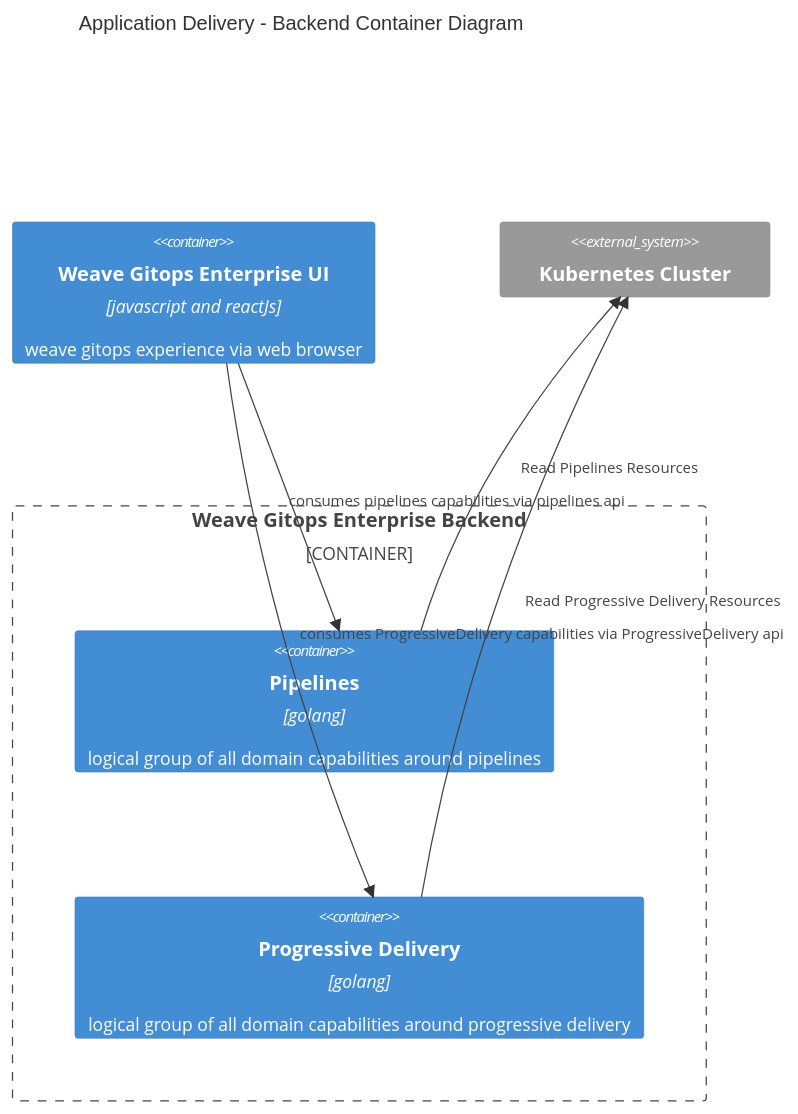
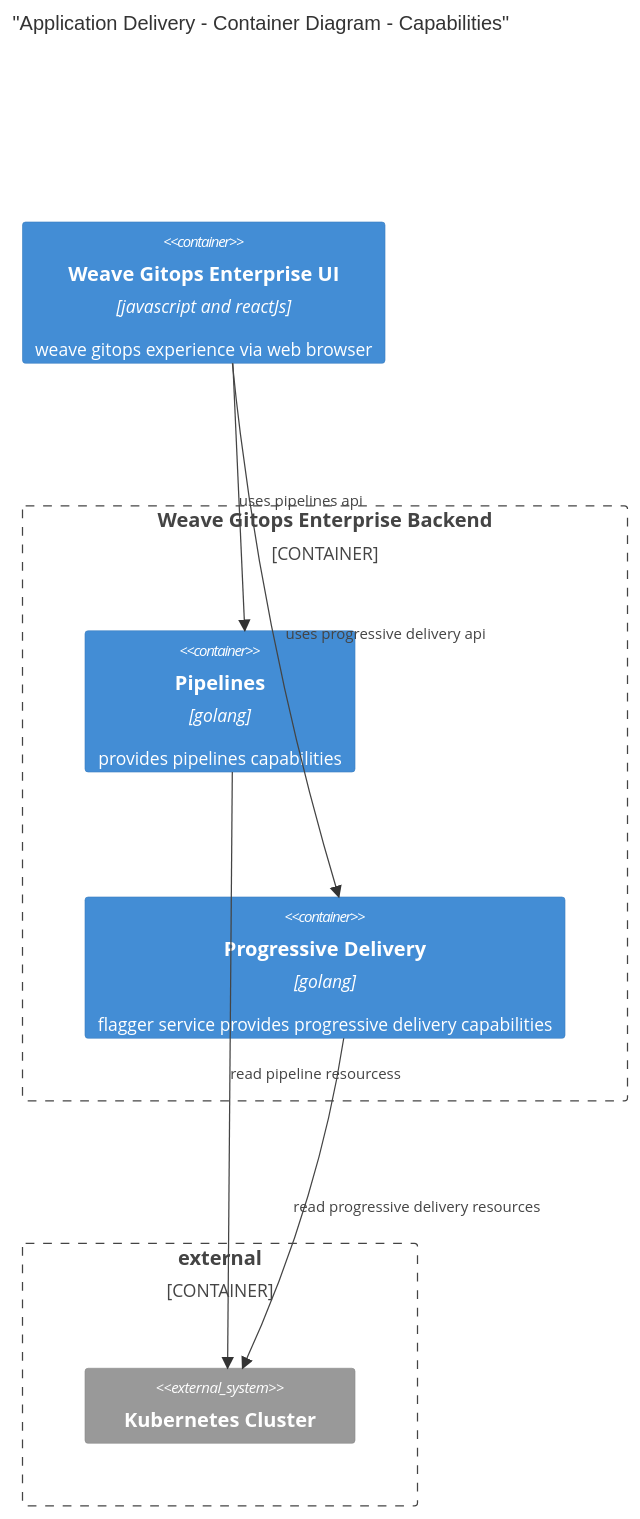
One commit to weaveworks/weave-gitops-enterprise changed the third of 5 diagrams in docs/architecture/application-delivery.md. Above: the diagram before and after it, drawn with Mermaid. The commit also changed other lines of this file and 2 other files, not shown here.

Commit message:
container diagrams

````diff
--- a/docs/architecture/application-delivery.md
+++ b/docs/architecture/application-delivery.md
@@ -92,15 +93,17 @@
 ```mermaid
 C4Container
-      title Application Delivery - Backend Container Diagram
-      Container(weaveGitopsEnterpriseUi, "Weave Gitops Enterprise UI","javascript and reactJs","weave gitops experience via web browser")
-      Rel(weaveGitopsEnterpriseUi, Pipelines, "consumes pipelines capabilities via pipelines api")
-      Rel(weaveGitopsEnterpriseUi, ProgressiveDelivery, "consumes ProgressiveDelivery capabilities via ProgressiveDelivery api")
-      Container_Boundary(weaveGitopsEnterpriseBackend, "Weave Gitops Enterprise Backend") {
-        Container(Pipelines, "Pipelines", "golang", "logical group of all domain capabilities around pipelines")
-        Container(ProgressiveDelivery, "Progressive Delivery", "golang", "logical group of all domain capabilities around progressive delivery")
-        Rel(Pipelines, KubernetesCluster, "Read Pipelines Resources")
-        Rel(ProgressiveDelivery, KubernetesCluster, "Read Progressive Delivery Resources")      
-      }
-      System_Ext(KubernetesCluster, "Kubernetes Cluster") 
-      UpdateLayoutConfig($c4ShapeInRow="2", $c4BoundaryInRow="3")           
+    title "Application Delivery - Container Diagram - Capabilities"
+    Container(weaveGitopsEnterpriseUi, "Weave Gitops Enterprise UI","javascript and reactJs","weave gitops experience via web browser")
+    Rel(weaveGitopsEnterpriseUi, Pipelines, "uses pipelines api")
+    Rel(weaveGitopsEnterpriseUi, ProgressiveDelivery, "uses progressive delivery api")
+    Container_Boundary(weaveGitopsEnterpriseBackend, "Weave Gitops Enterprise Backend") {
+      Container(Pipelines, "Pipelines", "golang", "provides pipelines capabilities")
+      Container(ProgressiveDelivery, "Progressive Delivery", "golang", "flagger service provides progressive delivery capabilities")
+      Rel(Pipelines, KubernetesCluster, "read pipeline resourcess")
+      Rel(ProgressiveDelivery, KubernetesCluster, "read progressive delivery resources")      
+    }
+    Container_Boundary(external, "external") {
+      System_Ext(KubernetesCluster, "Kubernetes Cluster")
+    }
+    UpdateLayoutConfig($c4ShapeInRow="2", $c4BoundaryInRow="1")          
 ```
````
